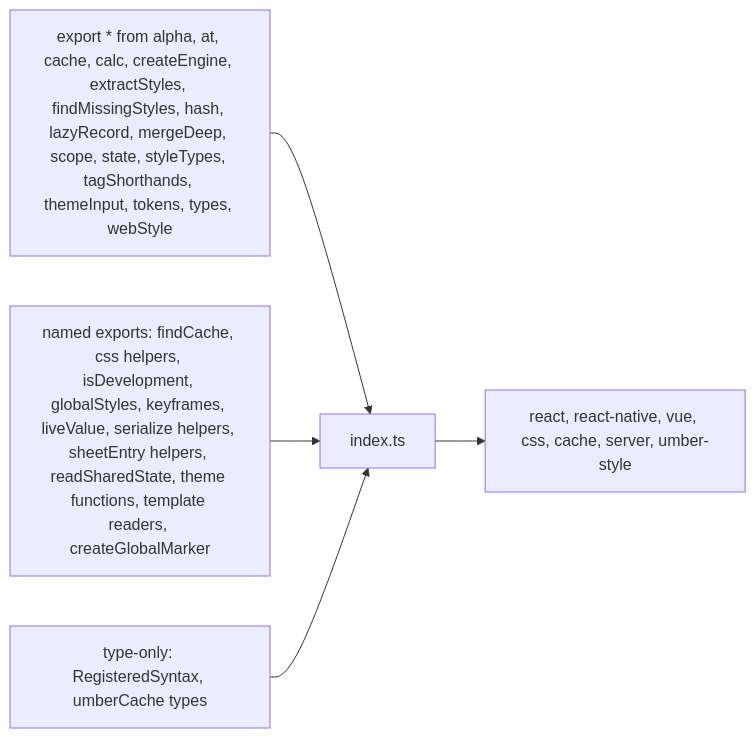
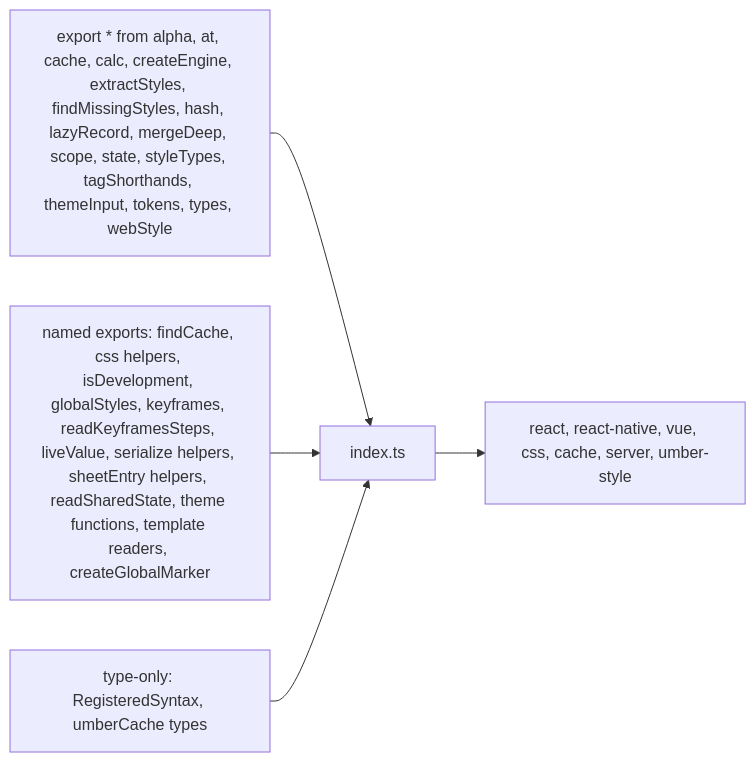
Before and after one commit to soroush-tech/umber-style: the diagram in packages/core/src/index.md, drawn with Mermaid. The commit also changed other lines of this file and 93 other files, not shown here.

````diff
--- a/packages/core/src/index.md
+++ b/packages/core/src/index.md
@@ -19,10 +19,10 @@
 ```mermaid
 flowchart LR
   whole["export * from alpha, at, cache, calc, createEngine, extractStyles, findMissingStyles, hash, lazyRecord, mergeDeep, scope, state, styleTypes, tagShorthands, themeInput, tokens, types, webStyle"]
-  named["named exports: findCache, css helpers, isDevelopment, globalStyles, keyframes, liveValue, serialize helpers, sheetEntry helpers, readSharedState, theme functions, template readers, createGlobalMarker"]
+  named["named exports: findCache, css helpers, isDevelopment, globalStyles, keyframes, readKeyframesSteps, liveValue, serialize helpers, sheetEntry helpers, readSharedState, theme functions, template readers, createGlobalMarker"]
   types["type-only: RegisteredSyntax, umberCache types"]
   whole --> entry["index.ts"]
   named --> entry
   types --> entry
   entry --> bindings["react, react-native, vue, css, cache, server, umber-style"]
 ```
````
